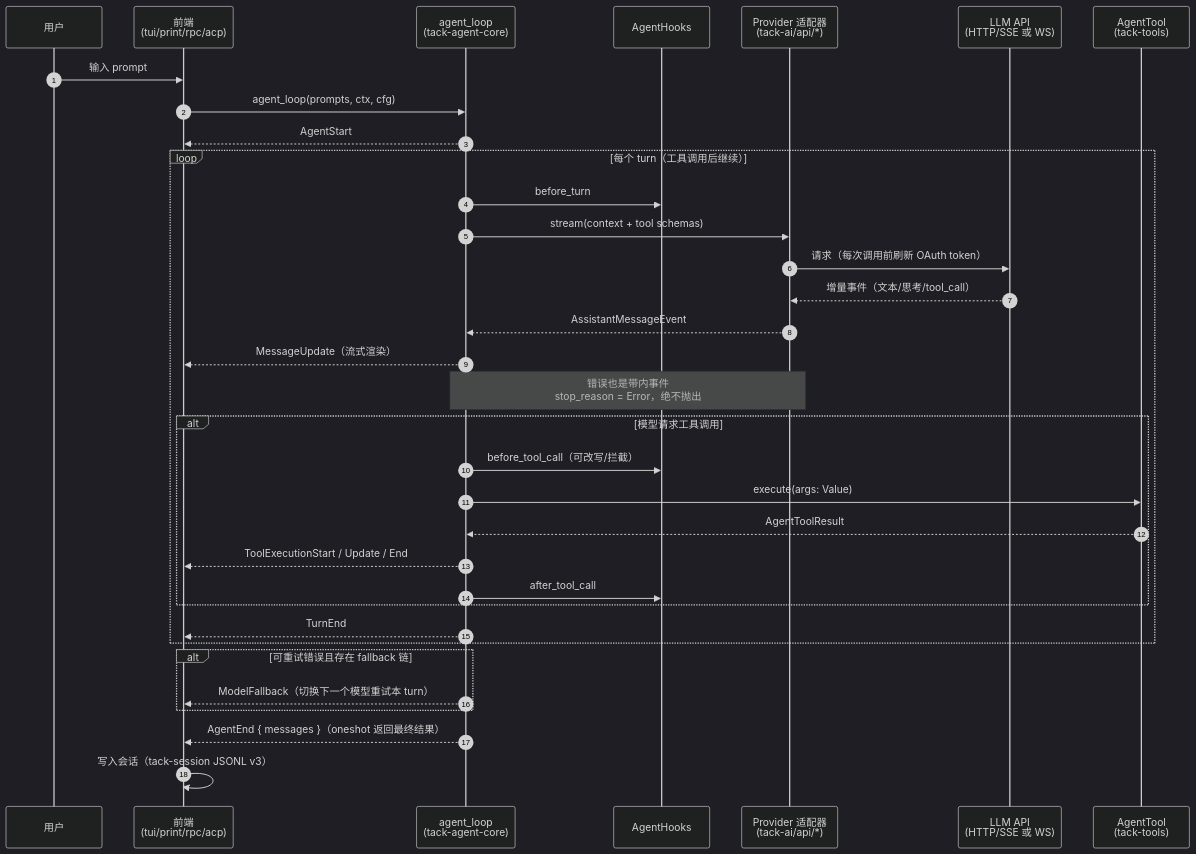
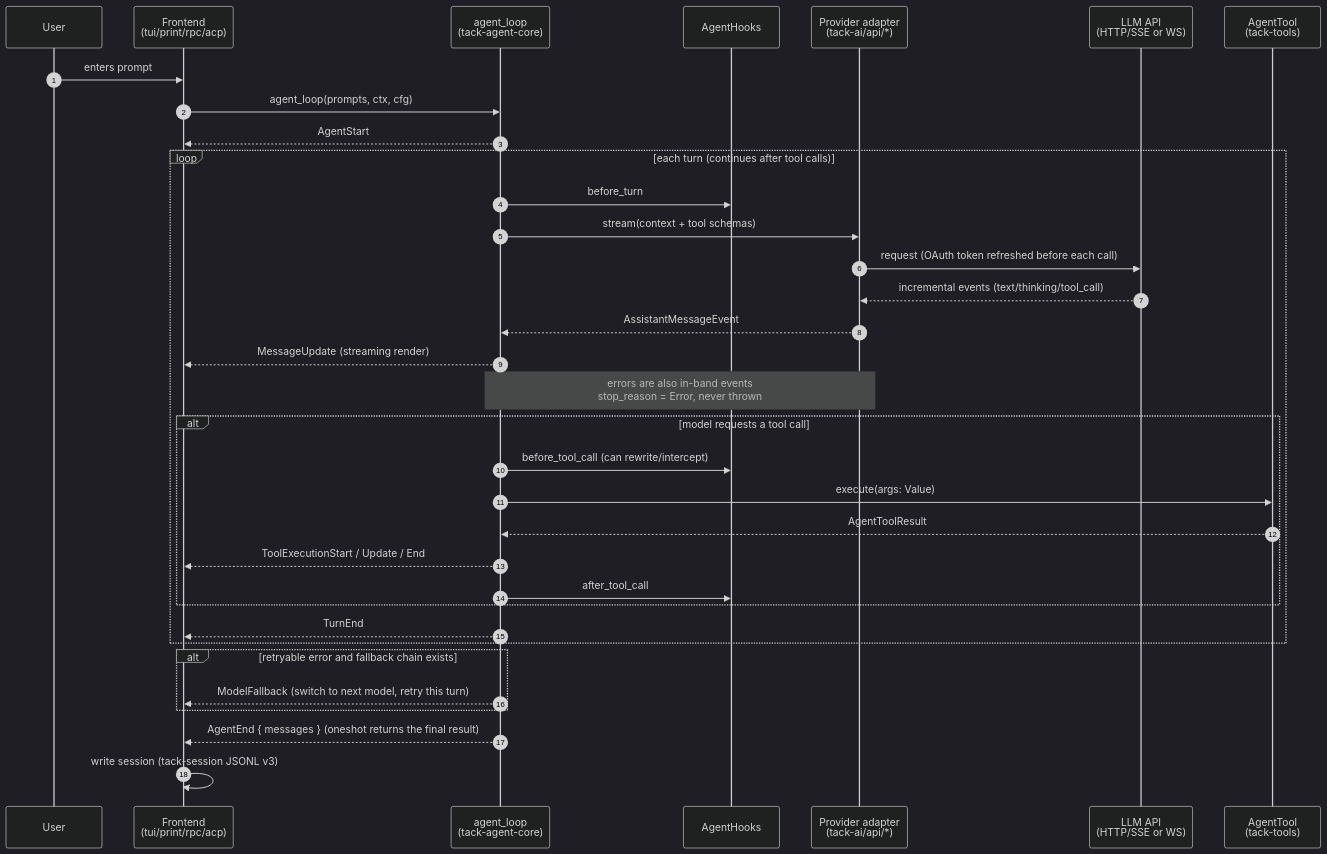
The third of 5 diagrams in docs/onboarding.md (Tack-AI/tack), drawn with Mermaid (dark theme) before and after one commit. The commit also changed other lines of this file and 46 other files, not shown here.

````diff
--- a/docs/onboarding.md
+++ b/docs/onboarding.md
@@ -185,37 +187,37 @@
 ```mermaid
 sequenceDiagram
     autonumber
-    participant U as 用户
-    participant FE as 前端<br/>(tui/print/rpc/acp)
+    participant U as User
+    participant FE as Frontend<br/>(tui/print/rpc/acp)
     participant AL as agent_loop<br/>(tack-agent-core)
     participant HK as AgentHooks
-    participant P as Provider 适配器<br/>(tack-ai/api/*)
-    participant LLM as LLM API<br/>(HTTP/SSE 或 WS)
+    participant P as Provider adapter<br/>(tack-ai/api/*)
+    participant LLM as LLM API<br/>(HTTP/SSE or WS)
     participant T as AgentTool<br/>(tack-tools)
 
-    U->>FE: 输入 prompt
+    U->>FE: enters prompt
     FE->>AL: agent_loop(prompts, ctx, cfg)
     AL-->>FE: AgentStart
-    loop 每个 turn（工具调用后继续）
+    loop each turn (continues after tool calls)
         AL->>HK: before_turn
         AL->>P: stream(context + tool schemas)
-        P->>LLM: 请求（每次调用前刷新 OAuth token）
-        LLM-->>P: 增量事件（文本/思考/tool_call）
+        P->>LLM: request (OAuth token refreshed before each call)
+        LLM-->>P: incremental events (text/thinking/tool_call)
         P-->>AL: AssistantMessageEvent
-        AL-->>FE: MessageUpdate（流式渲染）
-        Note over P,AL: 错误也是带内事件<br/>stop_reason = Error，绝不抛出
-        alt 模型请求工具调用
-            AL->>HK: before_tool_call（可改写/拦截）
+        AL-->>FE: MessageUpdate (streaming render)
+        Note over P,AL: errors are also in-band events<br/>stop_reason = Error, never thrown
+        alt model requests a tool call
+            AL->>HK: before_tool_call (can rewrite/intercept)
             AL->>T: execute(args: Value)
             T-->>AL: AgentToolResult
             AL-->>FE: ToolExecutionStart / Update / End
             AL->>HK: after_tool_call
         end
         AL-->>FE: TurnEnd
     end
-    alt 可重试错误且存在 fallback 链
-        AL-->>FE: ModelFallback（切换下一个模型重试本 turn）
+    alt retryable error and fallback chain exists
+        AL-->>FE: ModelFallback (switch to next model, retry this turn)
     end
-    AL-->>FE: AgentEnd { messages }（oneshot 返回最终结果）
-    FE->>FE: 写入会话（tack-session JSONL v3）
+    AL-->>FE: AgentEnd { messages } (oneshot returns the final result)
+    FE->>FE: write session (tack-session JSONL v3)
 ```
````
